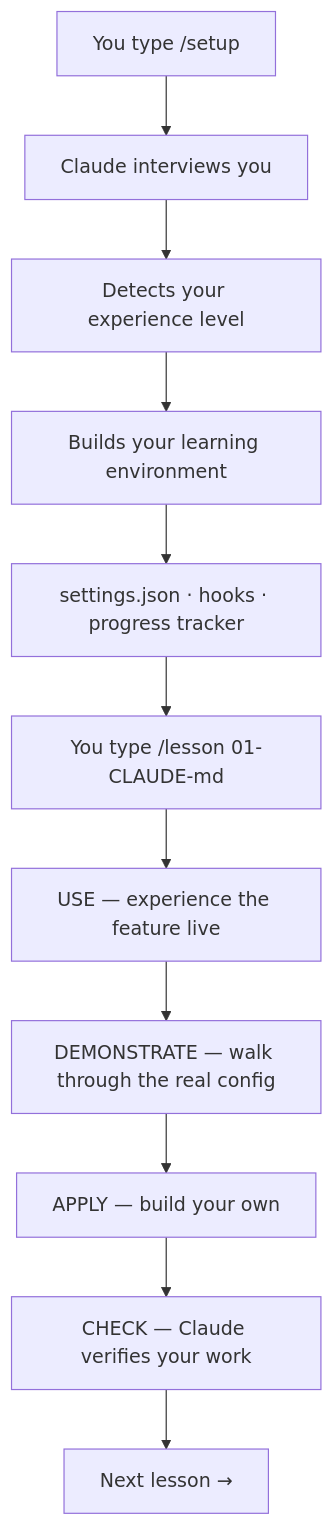
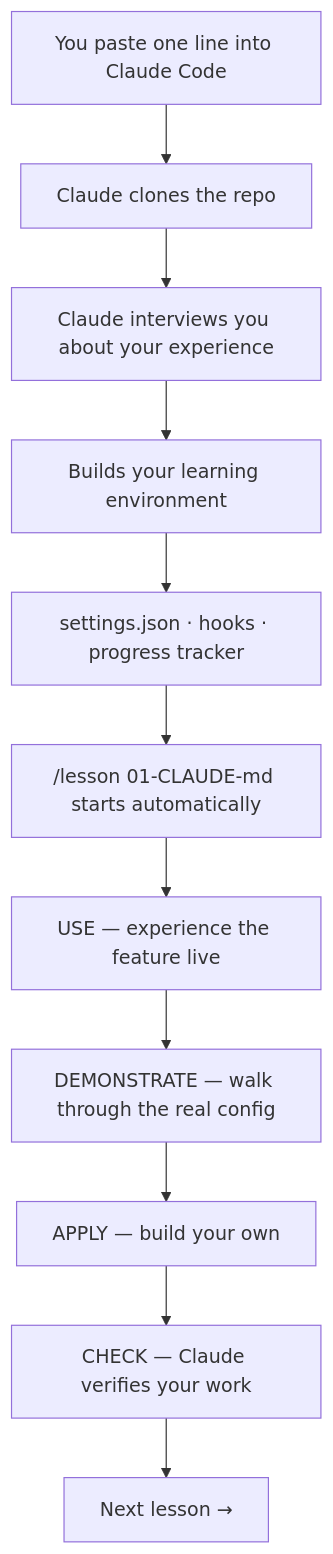
Before and after one commit to stefans71/claude_code_learning: the diagram in README.md, drawn with Mermaid. The commit also changed other lines of this file and 1 other file, not shown here.

````diff
--- a/README.md
+++ b/README.md
@@ -56,13 +56,13 @@
 ```mermaid
 graph TD
-    A["You type /setup"] --> B["Claude interviews you"]
-    B --> C["Detects your experience level"]
+    A["You paste one line into Claude Code"] --> B["Claude clones the repo"]
+    B --> C["Claude interviews you about your experience"]
     C --> D["Builds your learning environment"]
     D --> E["settings.json · hooks · progress tracker"]
-    E --> F["You type /lesson 01-CLAUDE-md"]
+    E --> F["/lesson 01-CLAUDE-md starts automatically"]
     F --> G["USE — experience the feature live"]
     G --> H["DEMONSTRATE — walk through the real config"]
     H --> I["APPLY — build your own"]
     I --> J["CHECK — Claude verifies your work"]
     J --> K["Next lesson →"]
 ```
````
